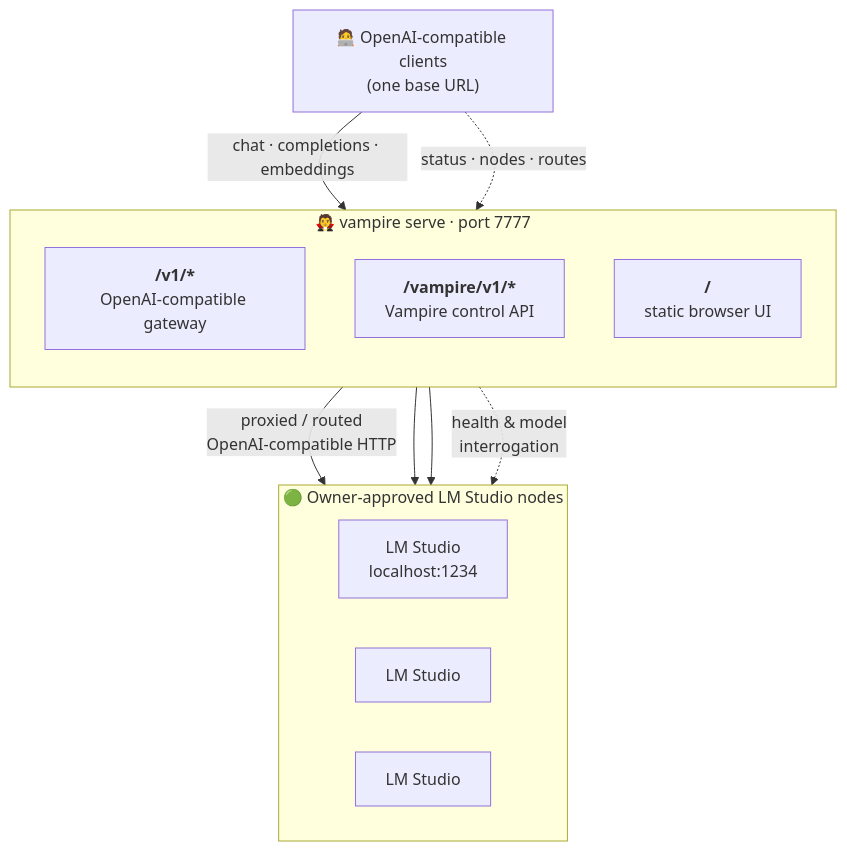
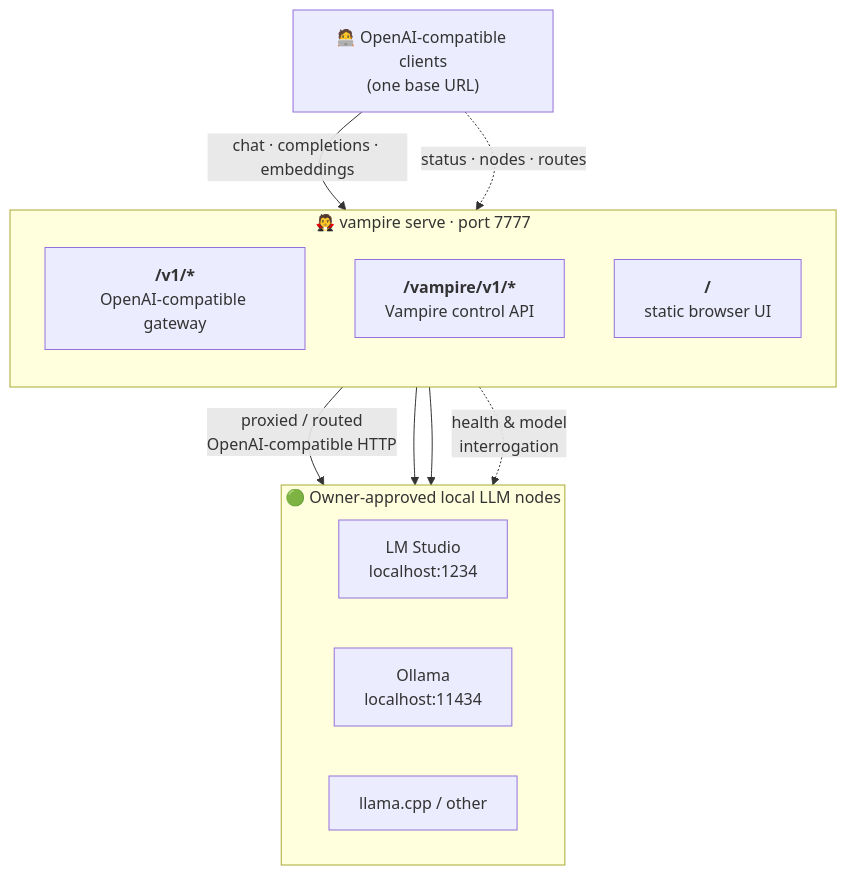
Before and after one commit to japer-technology/llm-vampire: the diagram in docs/manual/README.md, drawn with Mermaid. The commit also changed other lines of this file and 68 other files, not shown here.

````diff
--- a/docs/manual/README.md
+++ b/docs/manual/README.md
@@ -54,25 +54,25 @@
 ```mermaid
 flowchart TD
     clients["🧑‍💻 OpenAI-compatible clients<br/>(one base URL)"]
 
     subgraph vampire["🧛 vampire serve · port 7777"]
         direction TB
         gateway["<b>/v1/*</b><br/>OpenAI-compatible gateway"]
         control["<b>/vampire/v1/*</b><br/>Vampire control API"]
         ui["<b>/</b><br/>static browser UI"]
     end
 
-    subgraph nodes["🟢 Owner-approved LM Studio nodes"]
+    subgraph nodes["🟢 Owner-approved local LLM nodes"]
         direction LR
         node1["LM Studio<br/>localhost:1234"]
-        node2["LM Studio"]
-        node3["LM Studio"]
+        node2["Ollama<br/>localhost:11434"]
+        node3["llama.cpp / other"]
     end
 
     clients -->|"chat · completions · embeddings"| gateway
     clients -.->|"status · nodes · routes"| control
     gateway -->|"proxied / routed<br/>OpenAI-compatible HTTP"| node1
     gateway --> node2
     gateway --> node3
     control -.->|"health & model<br/>interrogation"| nodes
 ```
````
